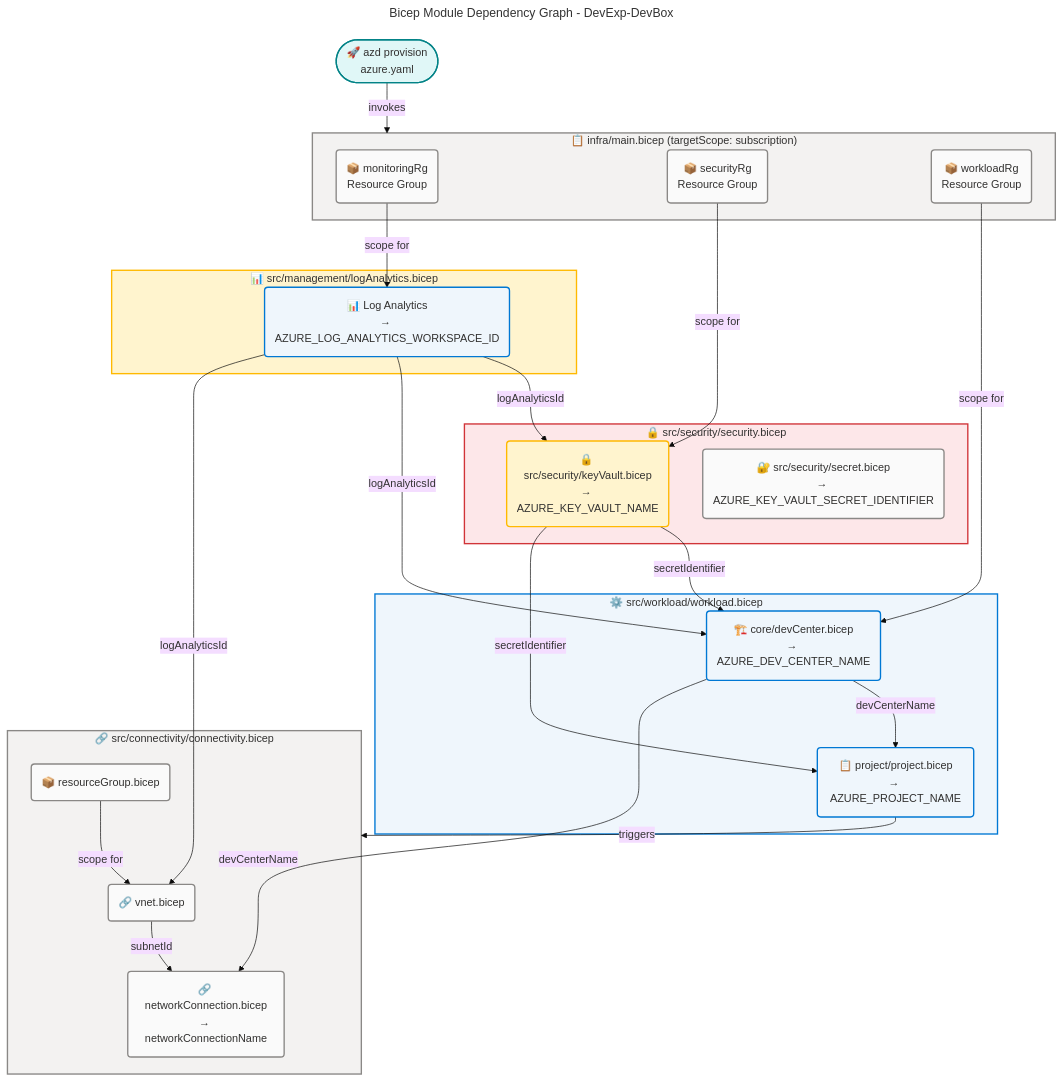
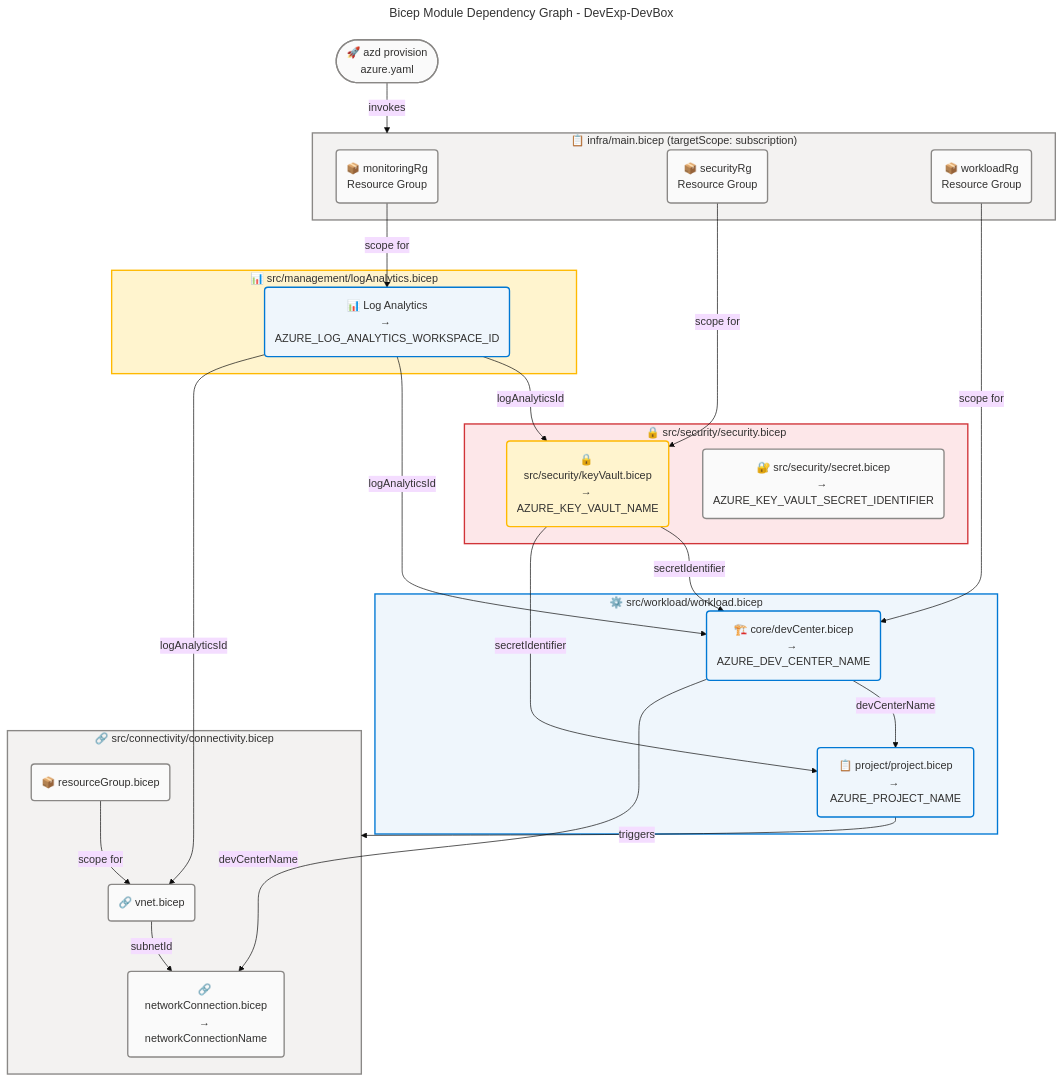
The sixth of 6 diagrams in docs/architecture/technology-architecture.md (Evilazaro/DevExp-DevBox), drawn with Mermaid before and after one commit. The commit also changed other lines of this file, not shown here.

Commit message:
refactor: Update Mermaid diagram styles for improved visual distinction in Azure provisioning sections

````diff
--- a/docs/architecture/technology-architecture.md
+++ b/docs/architecture/technology-architecture.md
@@ -1181,82 +1181,81 @@
 ```mermaid
 ---
 title: Bicep Module Dependency Graph - DevExp-DevBox
 config:
   theme: base
   look: classic
   layout: dagre
   themeVariables:
     fontSize: '16px'
   flowchart:
     htmlLabels: true
 ---
 flowchart TB
     accTitle: Bicep Module Dependency Graph - DevExp-DevBox
     accDescr: Directed acyclic graph showing all Bicep module dependencies and the data outputs passed between them during azd provision execution
 
     %% ═══════════════════════════════════════════════════════════════════════════
     %% AZURE / FLUENT ARCHITECTURE PATTERN v1.1
     %% (Semantic + Structural + Font + Accessibility Governance)
     %% ═══════════════════════════════════════════════════════════════════════════
     %% PHASE 1 - FLUENT UI: All styling uses approved Fluent UI palette only
     %% PHASE 2 - GROUPS: Every subgraph has semantic color via style directive
     %% PHASE 3 - COMPONENTS: Every node has semantic classDef + icon prefix
     %% PHASE 4 - ACCESSIBILITY: accTitle/accDescr present, WCAG AA contrast
     %% PHASE 5 - STANDARD: Governance block present, classDefs centralized
     %% ═══════════════════════════════════════════════════════════════════════════
 
-    AZD(["🚀 azd provision<br/>azure.yaml"]):::external
+    AZD(["🚀 azd provision<br/>azure.yaml"]):::neutral
 
     subgraph EntryPoint["📋 infra/main.bicep (targetScope: subscription)"]
         RG_MON("📦 monitoringRg<br/>Resource Group"):::neutral
         RG_SEC("📦 securityRg<br/>Resource Group"):::neutral
         RG_WL("📦 workloadRg<br/>Resource Group"):::neutral
     end
 
     subgraph MonitoringMod["📊 src/management/logAnalytics.bicep"]
         LA("📊 Log Analytics<br/>→ AZURE_LOG_ANALYTICS_WORKSPACE_ID"):::core
     end
 
     subgraph SecurityMod["🔒 src/security/security.bicep"]
         KV("🔒 src/security/keyVault.bicep<br/>→ AZURE_KEY_VAULT_NAME"):::warning
         SEC("🔐 src/security/secret.bicep<br/>→ AZURE_KEY_VAULT_SECRET_IDENTIFIER"):::neutral
     end
 
     subgraph WorkloadMod["⚙️ src/workload/workload.bicep"]
         DC("🏗️ core/devCenter.bicep<br/>→ AZURE_DEV_CENTER_NAME"):::core
         Proj("📋 project/project.bicep<br/>→ AZURE_PROJECT_NAME"):::core
     end
 
     subgraph ConnMod["🔗 src/connectivity/connectivity.bicep"]
         VNet("🔗 vnet.bicep"):::neutral
         NetConn("🔗 networkConnection.bicep<br/>→ networkConnectionName"):::neutral
         RG_Conn("📦 resourceGroup.bicep"):::neutral
     end
 
     AZD -->|"invokes"| EntryPoint
     RG_MON -->|"scope for"| LA
     RG_SEC -->|"scope for"| KV
     RG_WL -->|"scope for"| DC
     LA -->|"logAnalyticsId"| KV
     LA -->|"logAnalyticsId"| DC
     LA -->|"logAnalyticsId"| VNet
     KV -->|"secretIdentifier"| DC
     KV -->|"secretIdentifier"| Proj
     DC -->|"devCenterName"| Proj
     DC -->|"devCenterName"| NetConn
     Proj -->|"triggers"| ConnMod
     VNet -->|"subnetId"| NetConn
     RG_Conn -->|"scope for"| VNet
 
     %% Centralized classDefs
     classDef neutral fill:#FAFAFA,stroke:#8A8886,stroke-width:2px,color:#323130
     classDef core fill:#EFF6FC,stroke:#0078D4,stroke-width:2px,color:#323130
     classDef warning fill:#FFF4CE,stroke:#FFB900,stroke-width:2px,color:#323130
-    classDef external fill:#E0F7F7,stroke:#038387,stroke-width:2px,color:#323130
 
     style EntryPoint fill:#F3F2F1,stroke:#8A8886,stroke-width:2px,color:#323130
     style MonitoringMod fill:#FFF4CE,stroke:#FFB900,stroke-width:2px,color:#323130
     style SecurityMod fill:#FDE7E9,stroke:#D13438,stroke-width:2px,color:#323130
     style WorkloadMod fill:#EFF6FC,stroke:#0078D4,stroke-width:2px,color:#323130
     style ConnMod fill:#F3F2F1,stroke:#8A8886,stroke-width:2px,color:#323130
 ```
````
